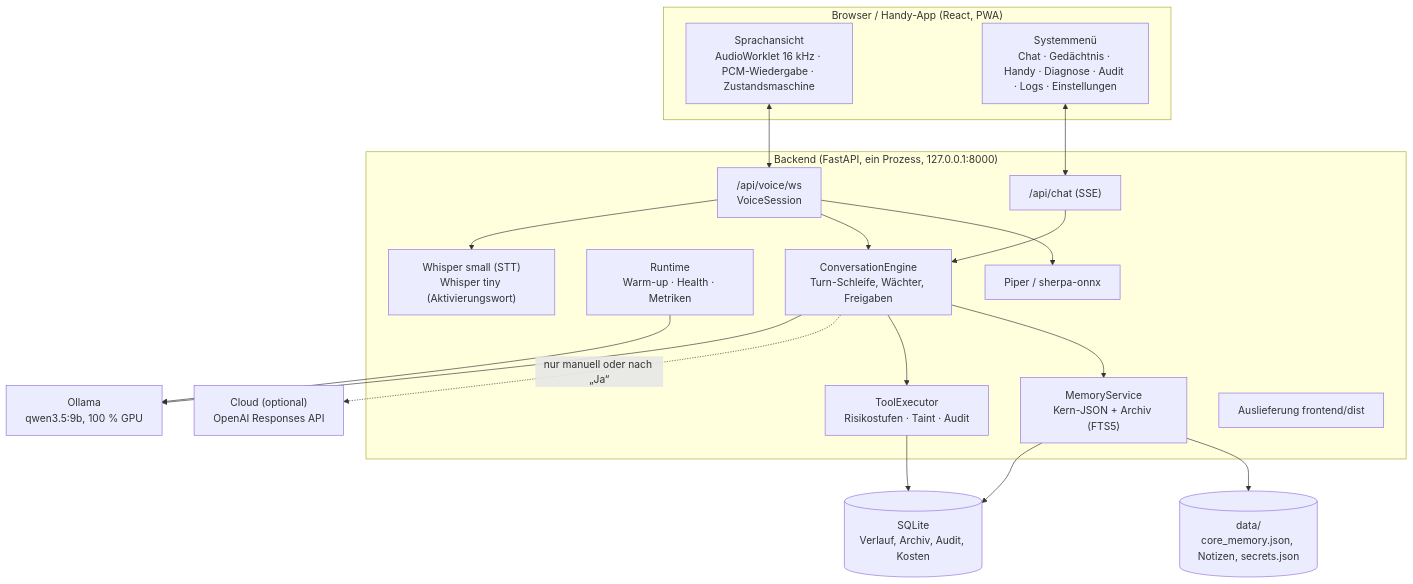
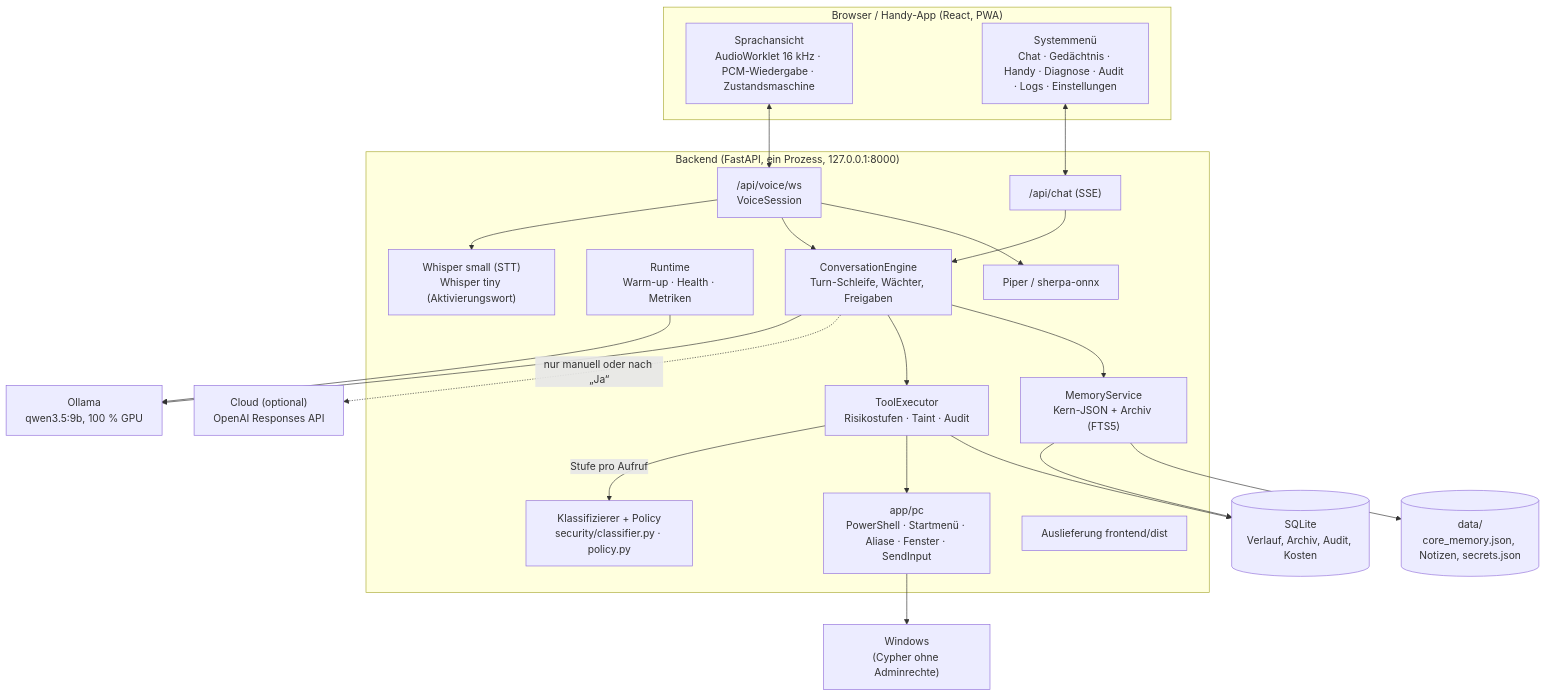
Before and after one commit to peppigminze/Cypher: the first of 4 diagrams in docs/ARCHITECTURE.md, drawn with Mermaid. The commit also changed other lines of this file and 6 other files, not shown here.

````diff
--- a/docs/ARCHITECTURE.md
+++ b/docs/ARCHITECTURE.md
@@ -7,37 +7,43 @@
 ```mermaid
 flowchart TB
     subgraph Browser["Browser / Handy-App (React, PWA)"]
         Voice["Sprachansicht<br/>AudioWorklet 16 kHz · PCM-Wiedergabe · Zustandsmaschine"]
         Menu["Systemmenü<br/>Chat · Gedächtnis · Handy · Diagnose · Audit · Logs · Einstellungen"]
     end
     subgraph Backend["Backend (FastAPI, ein Prozess, 127.0.0.1:8000)"]
         WS["/api/voice/ws<br/>VoiceSession"]
         SSE["/api/chat (SSE)"]
         Engine["ConversationEngine<br/>Turn-Schleife, Wächter, Freigaben"]
         Exec["ToolExecutor<br/>Risikostufen · Taint · Audit"]
+        Sec["Klassifizierer + Policy<br/>security/classifier.py · policy.py"]
+        PC["app/pc<br/>PowerShell · Startmenü · Aliase · Fenster · SendInput"]
         Memory["MemoryService<br/>Kern-JSON + Archiv (FTS5)"]
         Runtime["Runtime<br/>Warm-up · Health · Metriken"]
         STT["Whisper small (STT)<br/>Whisper tiny (Aktivierungswort)"]
         TTS["Piper / sherpa-onnx"]
         SPA["Auslieferung frontend/dist"]
     end
     Ollama["Ollama<br/>qwen3.5:9b, 100 % GPU"]
     Cloud["Cloud (optional)<br/>OpenAI Responses API"]
     DB[("SQLite<br/>Verlauf, Archiv, Audit, Kosten")]
     Files[("data/<br/>core_memory.json, Notizen, secrets.json")]
+    Win["Windows<br/>(Cypher ohne Adminrechte)"]
 
     Voice <--> WS
     Menu <--> SSE
     WS --> STT
     WS --> Engine
     SSE --> Engine
     WS --> TTS
     Engine --> Ollama
     Engine -. "nur manuell oder nach „Ja“" .-> Cloud
     Engine --> Exec
     Engine --> Memory
+    Exec -- "Stufe pro Aufruf" --> Sec
+    Exec --> PC
+    PC --> Win
     Exec --> DB
     Memory --> DB
     Memory --> Files
     Runtime --> Ollama
 ```
````
